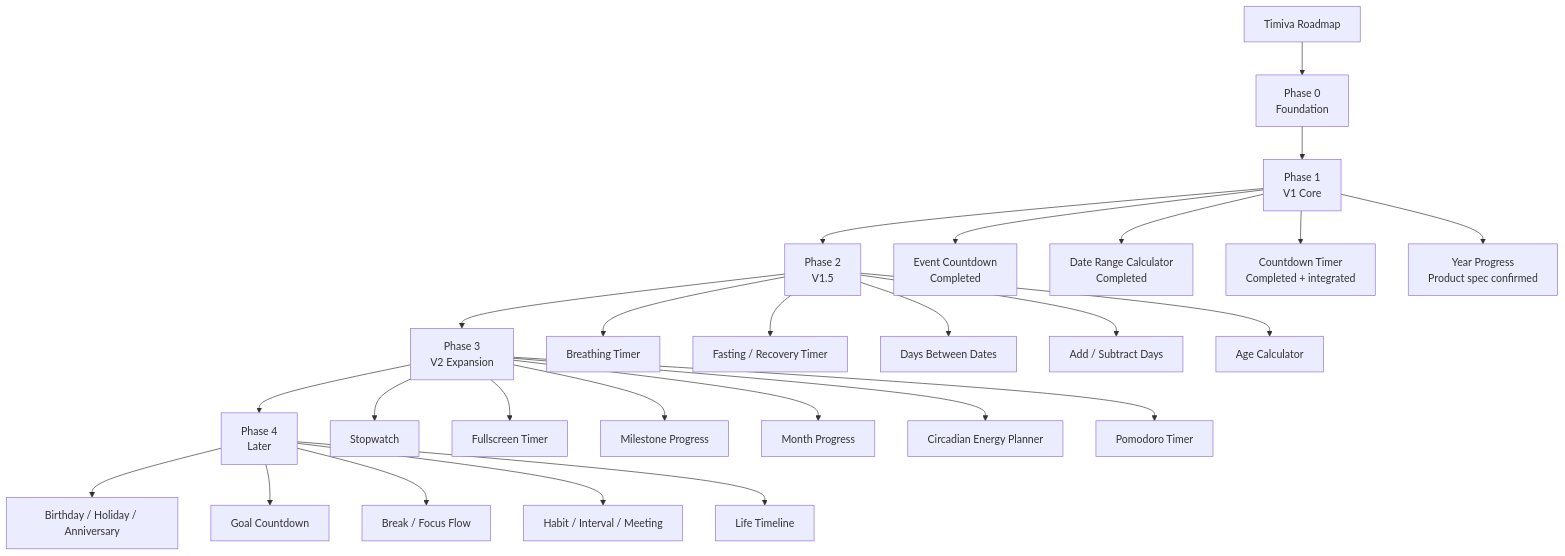
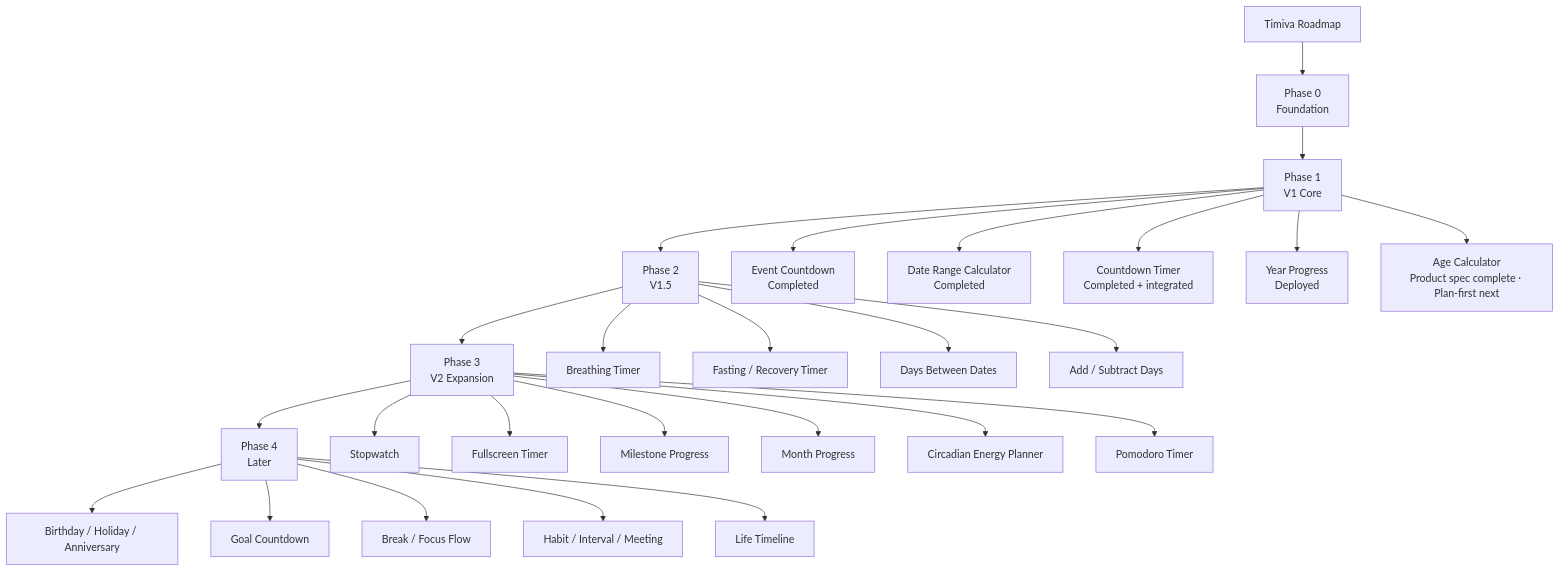
The diagram in docs/core/roadmap.md (jd-jane/Timiva), drawn with Mermaid before and after one commit. The commit also changed other lines of this file and 6 other files, not shown here.

Commit message:
docs: prepare Age Calculator development

````diff
--- a/docs/core/roadmap.md
+++ b/docs/core/roadmap.md
@@ -35,32 +35,32 @@
 ```mermaid
 flowchart TD
     A[Timiva Roadmap] --> B[Phase 0<br/>Foundation]
     B --> C[Phase 1<br/>V1 Core]
     C --> D[Phase 2<br/>V1.5]
     D --> E[Phase 3<br/>V2 Expansion]
     E --> F[Phase 4<br/>Later]
 
     C --> C1[Event Countdown<br/>Completed]
     C --> C2[Date Range Calculator<br/>Completed]
     C --> C3[Countdown Timer<br/>Completed + integrated]
-    C --> C4[Year Progress<br/>Product spec confirmed]
+    C --> C4[Year Progress<br/>Deployed]
+    C --> C5[Age Calculator<br/>Product spec complete · Plan-first next]
 
     D --> D1[Breathing Timer]
     D --> D2[Fasting / Recovery Timer]
     D --> D3[Days Between Dates]
     D --> D4[Add / Subtract Days]
-    D --> D5[Age Calculator]
 
     E --> E1[Stopwatch]
     E --> E2[Fullscreen Timer]
     E --> E3[Milestone Progress]
     E --> E4[Month Progress]
     E --> E5[Circadian Energy Planner]
     E --> E6[Pomodoro Timer]
 
     F --> F1[Birthday / Holiday / Anniversary]
     F --> F2[Goal Countdown]
     F --> F3[Break / Focus Flow]
     F --> F4[Habit / Interval / Meeting]
     F --> F5[Life Timeline]
 ```
````
